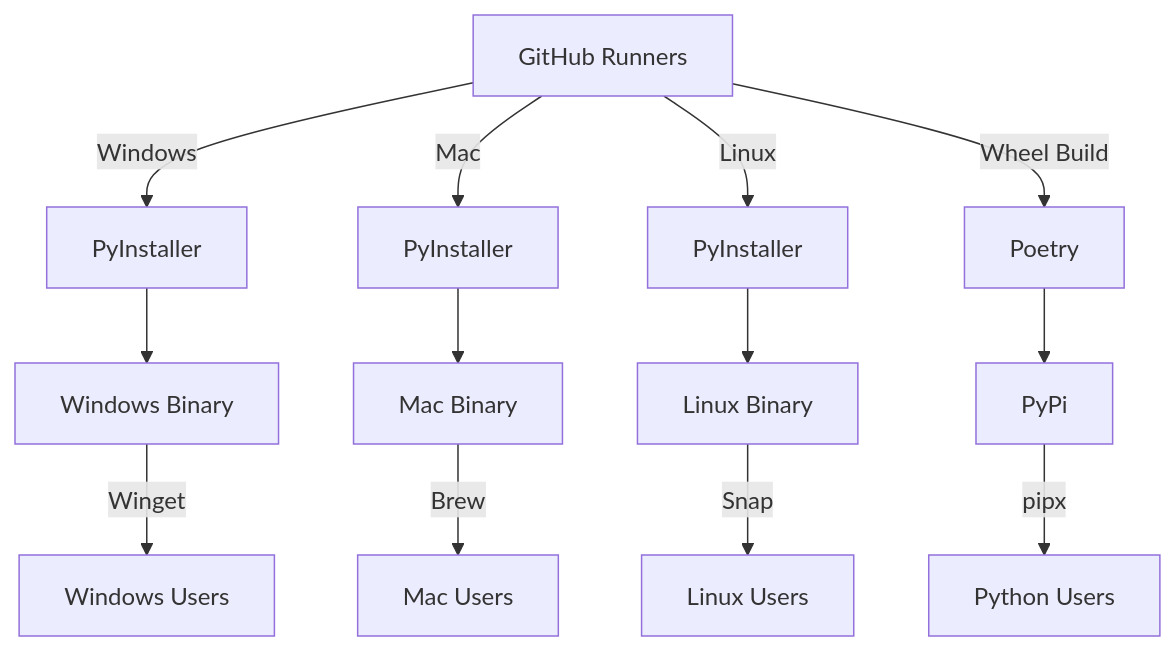
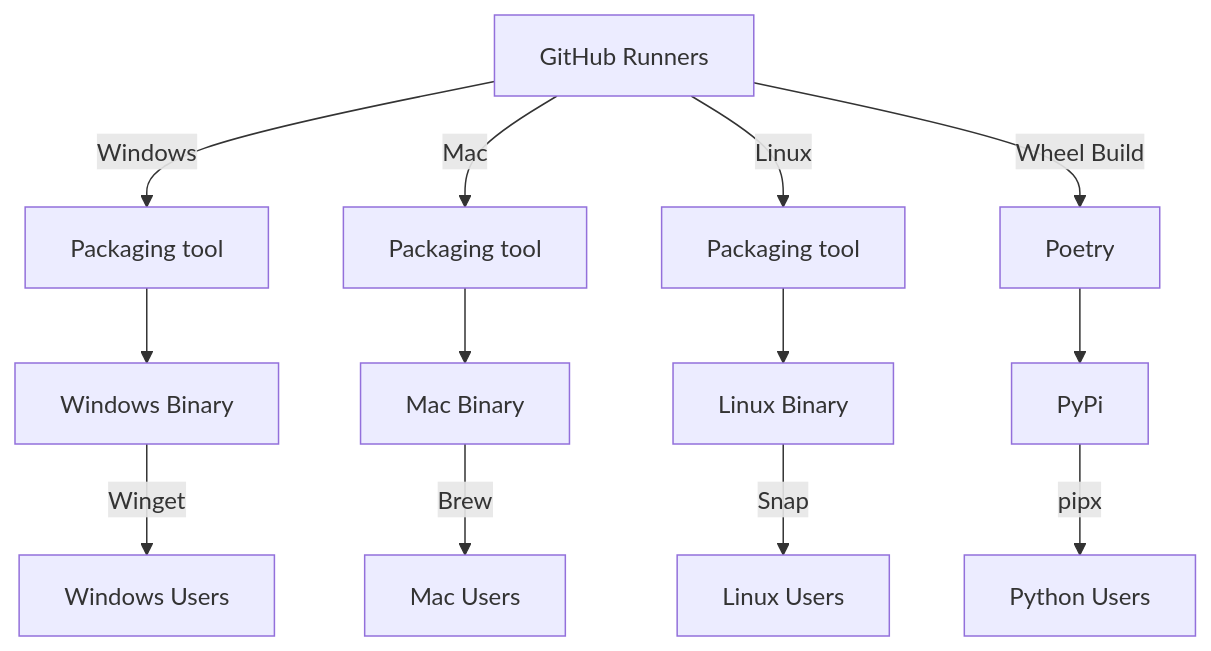
Before and after one commit to algorandfoundation/algokit-cli: the diagram in docs/architecture-decisions/2024-01-13_native_binaries.md, drawn with Mermaid. The commit also changed other lines of this file and 3 other files, not shown here.

````diff
--- a/docs/architecture-decisions/2024-01-13_native_binaries.md
+++ b/docs/architecture-decisions/2024-01-13_native_binaries.md
@@ -16,15 +16,15 @@
 ```mermaid
 graph TD
-    A[GitHub Runners] -->|Windows| B[PyInstaller]
-    A -->|Mac| C[PyInstaller]
-    A -->|Linux| D[PyInstaller]
+    A[GitHub Runners] -->|Windows| B[Packaging tool]
+    A -->|Mac| C[Packaging tool]
+    A -->|Linux| D[Packaging tool]
     B --> E[Windows Binary]
     C --> F[Mac Binary]
     D --> G[Linux Binary]
     E -->|Winget| H[Windows Users]
     F -->|Brew| I[Mac Users]
     G -->|Snap| J[Linux Users]
     A -->|Wheel Build| K[Poetry]
     K --> L[PyPi]
     L -->|pipx| M[Python Users]
 ```
````
